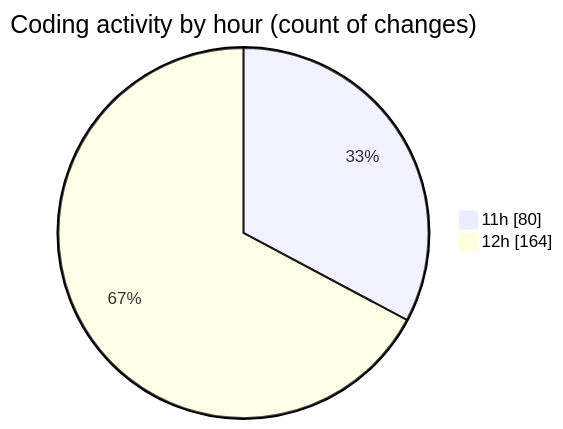
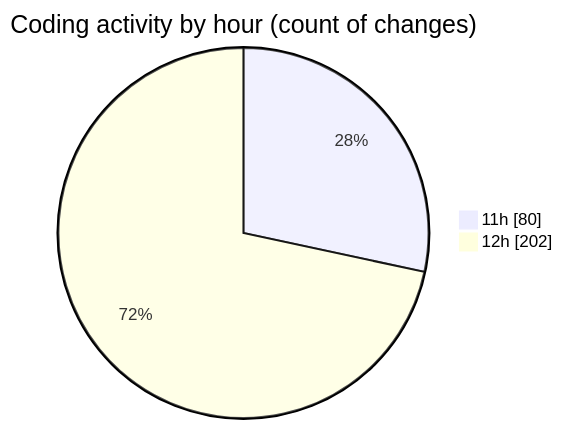
Before and after one commit to nxtqubesakshisongat/code-tracking: the second of 2 diagrams in 2025-04-19/nxtqube_webapp/README.md, drawn with Mermaid. The commit also changed other lines of this file and 1 other file, not shown here.

````diff
--- a/2025-04-19/nxtqube_webapp/README.md
+++ b/2025-04-19/nxtqube_webapp/README.md
@@ -38,6 +39,6 @@
 ```mermaid
 pie showData
 title Coding activity by hour (count of changes)
 "11h" : 80
-"12h" : 164
+"12h" : 202
 ```
````
